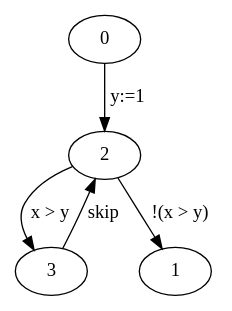
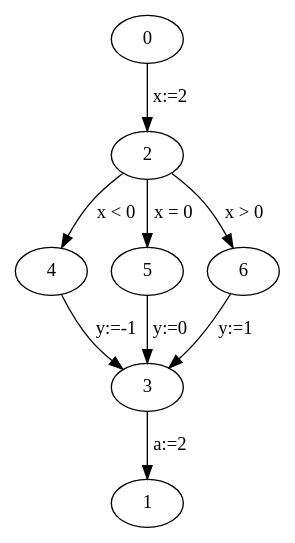
The diagram in assignmentfolder/graph.dot (Frinkel/ComputerScienceModelling_Parser-Interpreter), drawn with Graphviz before and after one commit. The commit also changed 2 other files, not shown here.

```diff
--- a/assignmentfolder/graph.dot
+++ b/assignmentfolder/graph.dot
@@ -1,6 +1,10 @@
 digraph G {
-0 -> 2 [label = "y:=1"];
-2 -> 3 [label = "x > y"];
-2 -> 1 [label = "!(x > y)"];
-3 -> 2 [label = "skip"];
+0 -> 2 [label = "x:=2"];
+2 -> 4 [label = "x < 0"];
+4 -> 3 [label = "y:=-1"];
+2 -> 5 [label = "x = 0"];
+5 -> 3 [label = "y:=0"];
+2 -> 6 [label = "x > 0"];
+6 -> 3 [label = "y:=1"];
+3 -> 1 [label = "a:=2"];
 }
```
